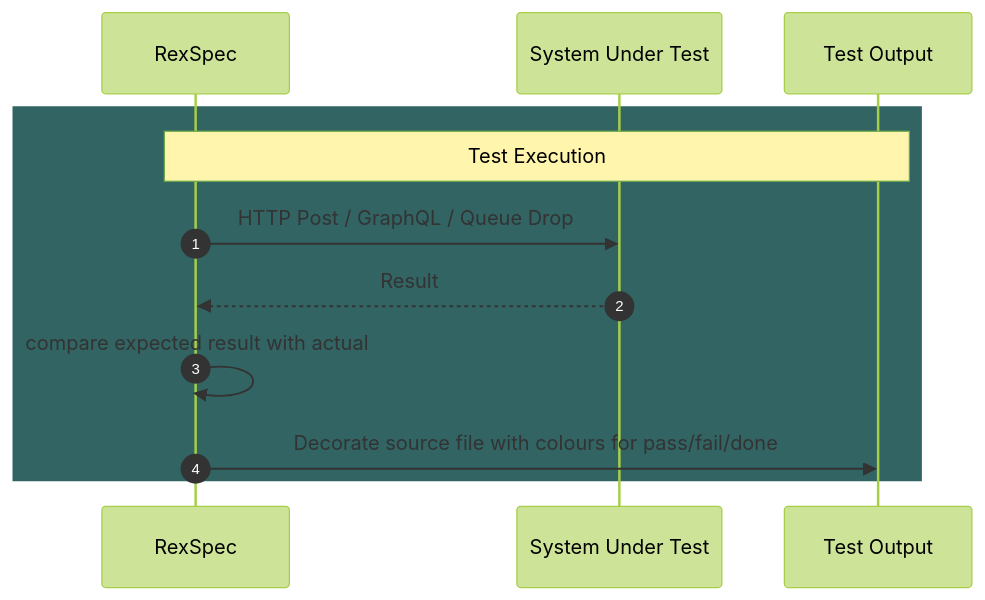
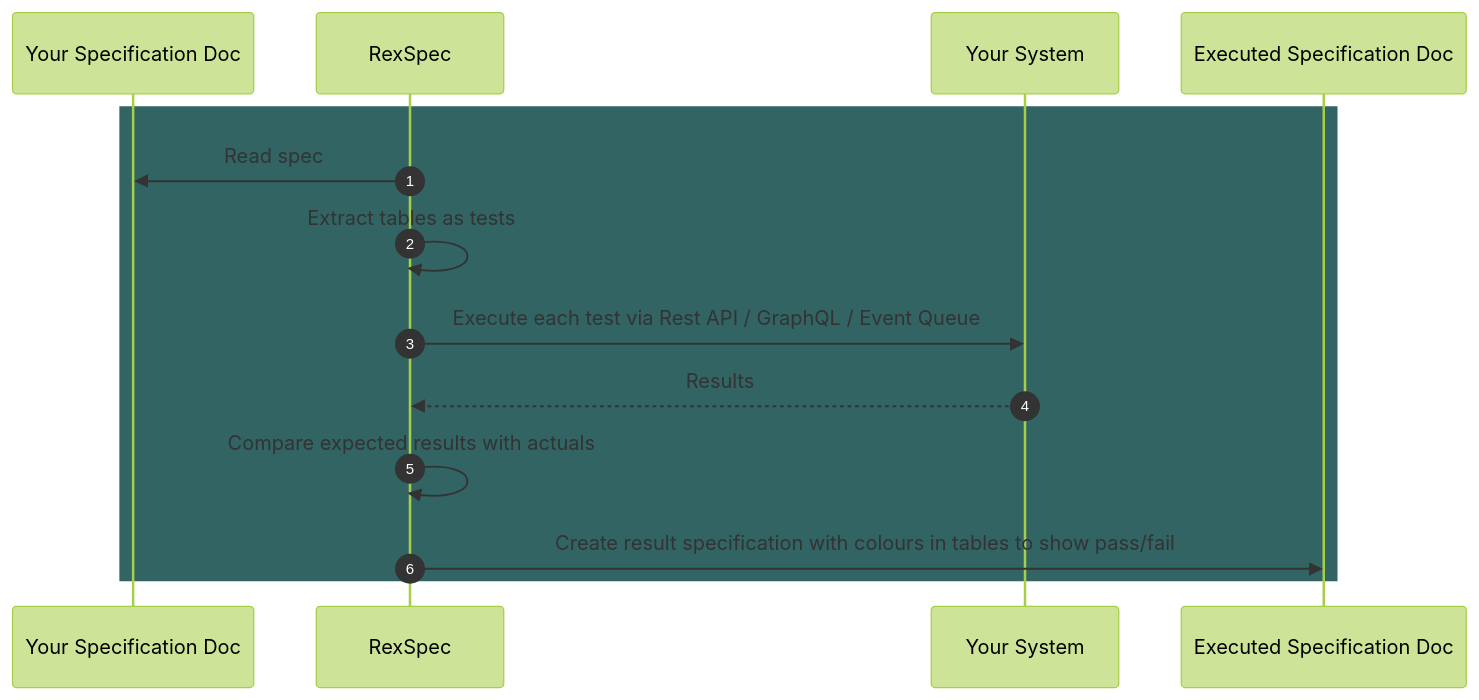
The diagram in README.md (agmenc/rexspecs), drawn with Mermaid (forest theme) before and after one commit. The commit also changed other lines of this file and 2 other files, not shown here.

````diff
--- a/README.md
+++ b/README.md
@@ -60,16 +49,19 @@
 ```mermaid
 sequenceDiagram
     autonumber
 
+    participant Your Specification Doc
     participant RexSpec
-    participant System Under Test
-    participant Test Output
+    participant Your System
+    participant Executed Specification Doc
 
     rect rgb(50, 100, 100)
-        Note over RexSpec, Test Output: Test Execution
-        RexSpec ->> System Under Test: HTTP Post / GraphQL / Queue Drop
-        System Under Test -->> RexSpec: Result
-        RexSpec ->> RexSpec: compare expected result with actual
-        RexSpec ->> Test Output: Decorate source file with colours for pass/fail/done
+%%        Note over RexSpec, Test Output: Test Execution
+        RexSpec ->> Your Specification Doc: Read spec
+        RexSpec ->> RexSpec: Extract tables as tests
+        RexSpec ->> Your System: Execute each test via Rest API / GraphQL / Event Queue
+        Your System -->> RexSpec: Results
+        RexSpec ->> RexSpec: Compare expected results with actuals
+        RexSpec ->> Executed Specification Doc: Create result specification with colours in tables to show pass/fail
     end
 ```
````
